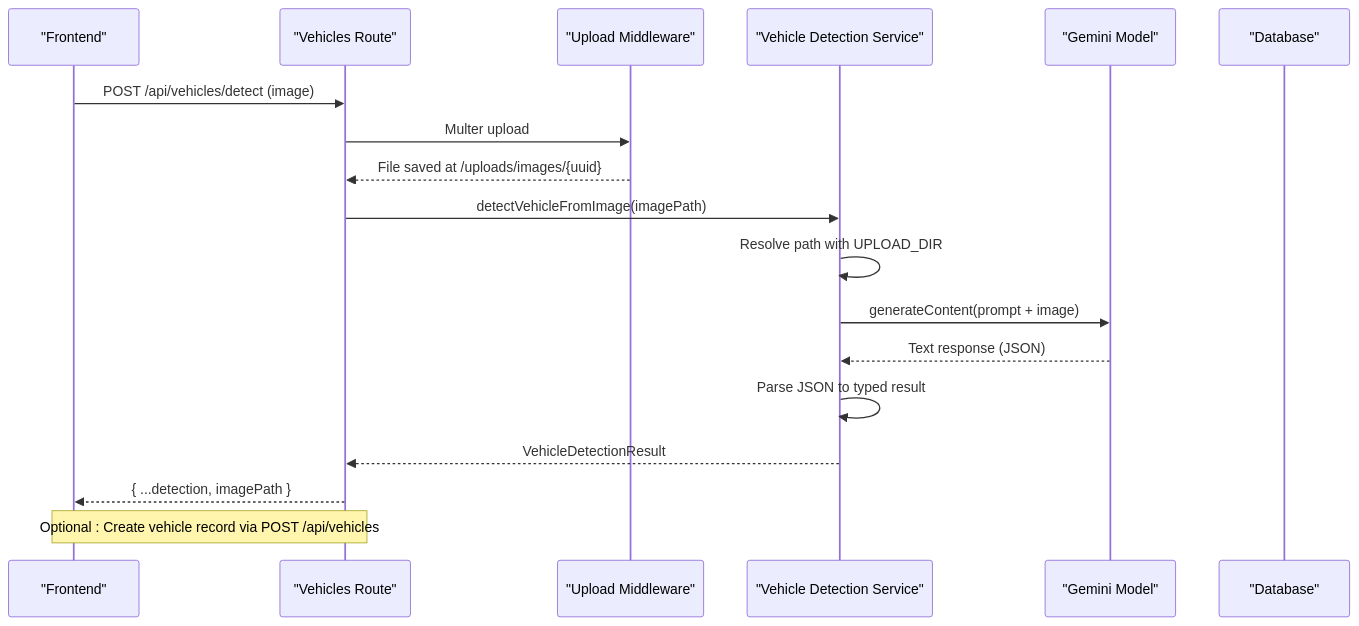
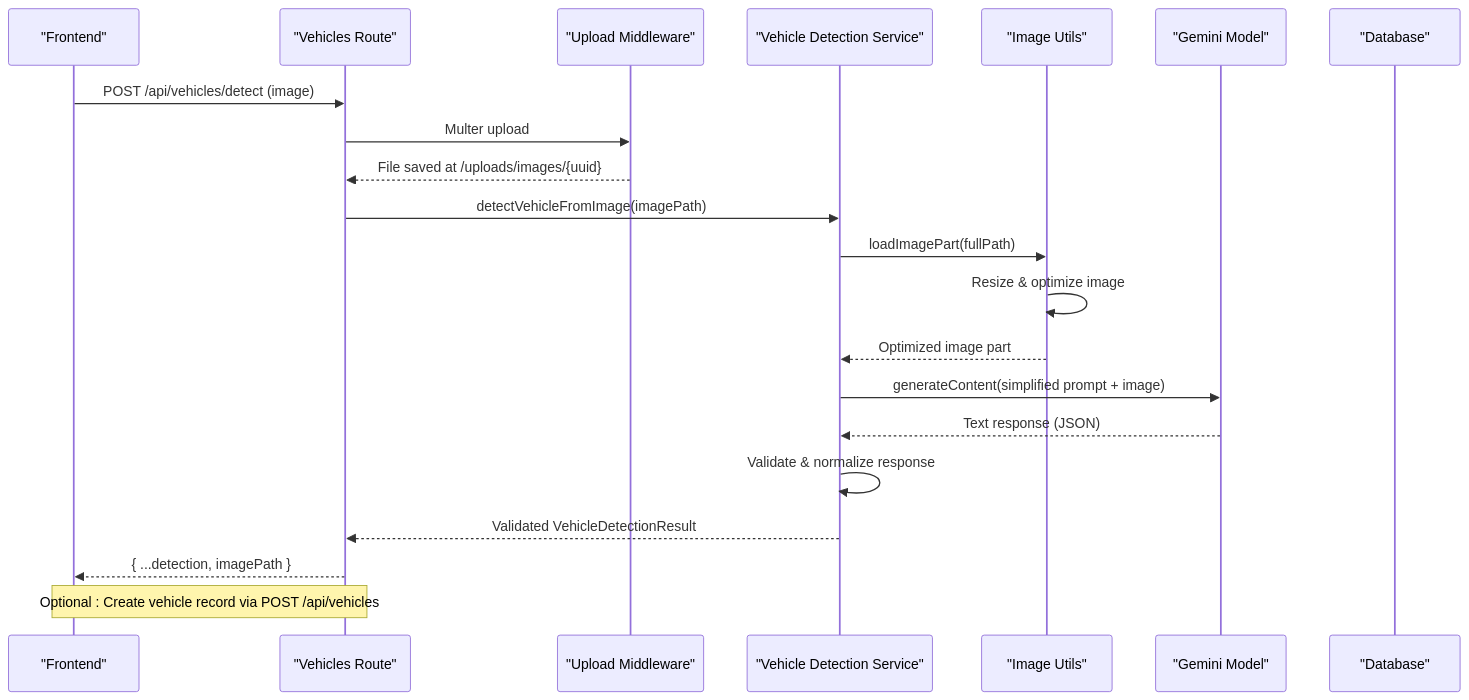
Before and after one commit to NaveenHiranya/Smart-Vehicle-Insurance-Claim-System: the second of 4 diagrams in .qoder/repowiki/en/content/Backend Documentation/Business Logic & Services/Vehicle Detection Service.md, drawn with Mermaid. The commit also changed other lines of this file and 33 other files, not shown here.

````diff
--- a/.qoder/repowiki/en/content/Backend Documentation/Business Logic & Services/Vehicle Detection Service.md
+++ b/.qoder/repowiki/en/content/Backend Documentation/Business Logic & Services/Vehicle Detection Service.md
@@ -95,20 +104,23 @@
 ```mermaid
 sequenceDiagram
 participant FE as "Frontend"
 participant RT as "Vehicles Route"
 participant UL as "Upload Middleware"
 participant SVC as "Vehicle Detection Service"
+participant IU as "Image Utils"
 participant AI as "Gemini Model"
 participant DB as "Database"
 FE->>RT : POST /api/vehicles/detect (image)
 RT->>UL : Multer upload
 UL-->>RT : File saved at /uploads/images/{uuid}
 RT->>SVC : detectVehicleFromImage(imagePath)
-SVC->>SVC : Resolve path with UPLOAD_DIR
-SVC->>AI : generateContent(prompt + image)
+SVC->>IU : loadImagePart(fullPath)
+IU->>IU : Resize & optimize image
+IU-->>SVC : Optimized image part
+SVC->>AI : generateContent(simplified prompt + image)
 AI-->>SVC : Text response (JSON)
-SVC->>SVC : Parse JSON to typed result
-SVC-->>RT : VehicleDetectionResult
+SVC->>SVC : Validate & normalize response
+SVC-->>RT : Validated VehicleDetectionResult
 RT-->>FE : { ...detection, imagePath }
 Note over FE,RT : Optional : Create vehicle record via POST /api/vehicles
 ```
````
